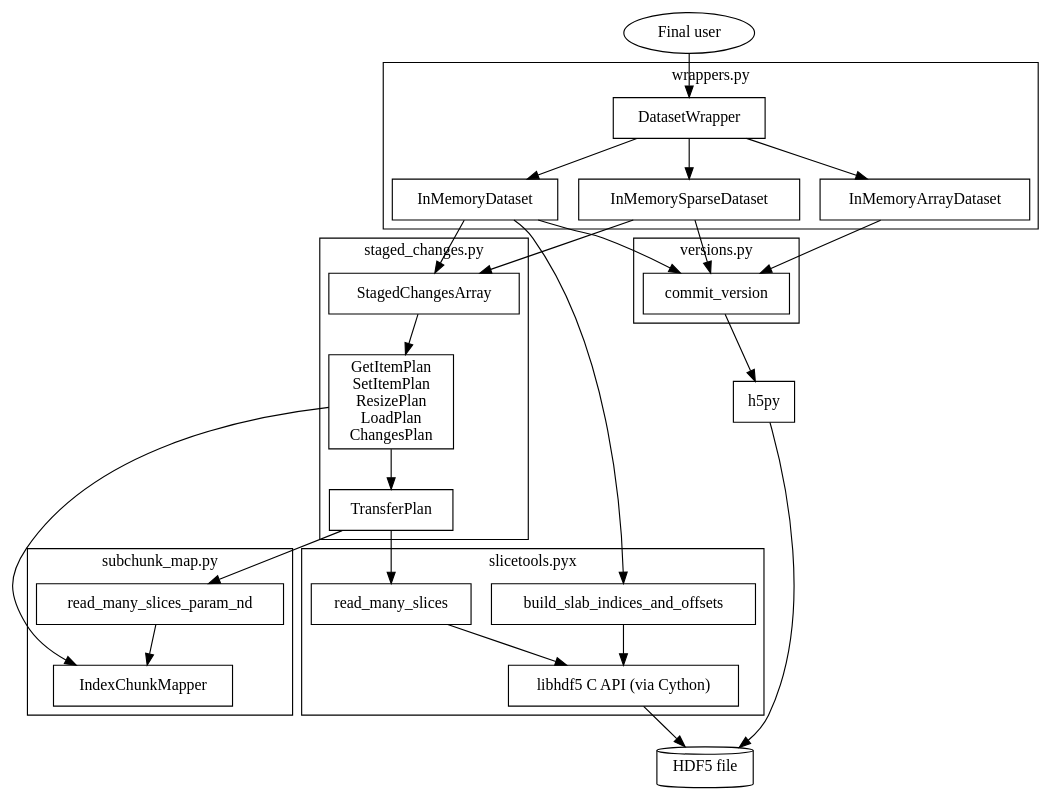
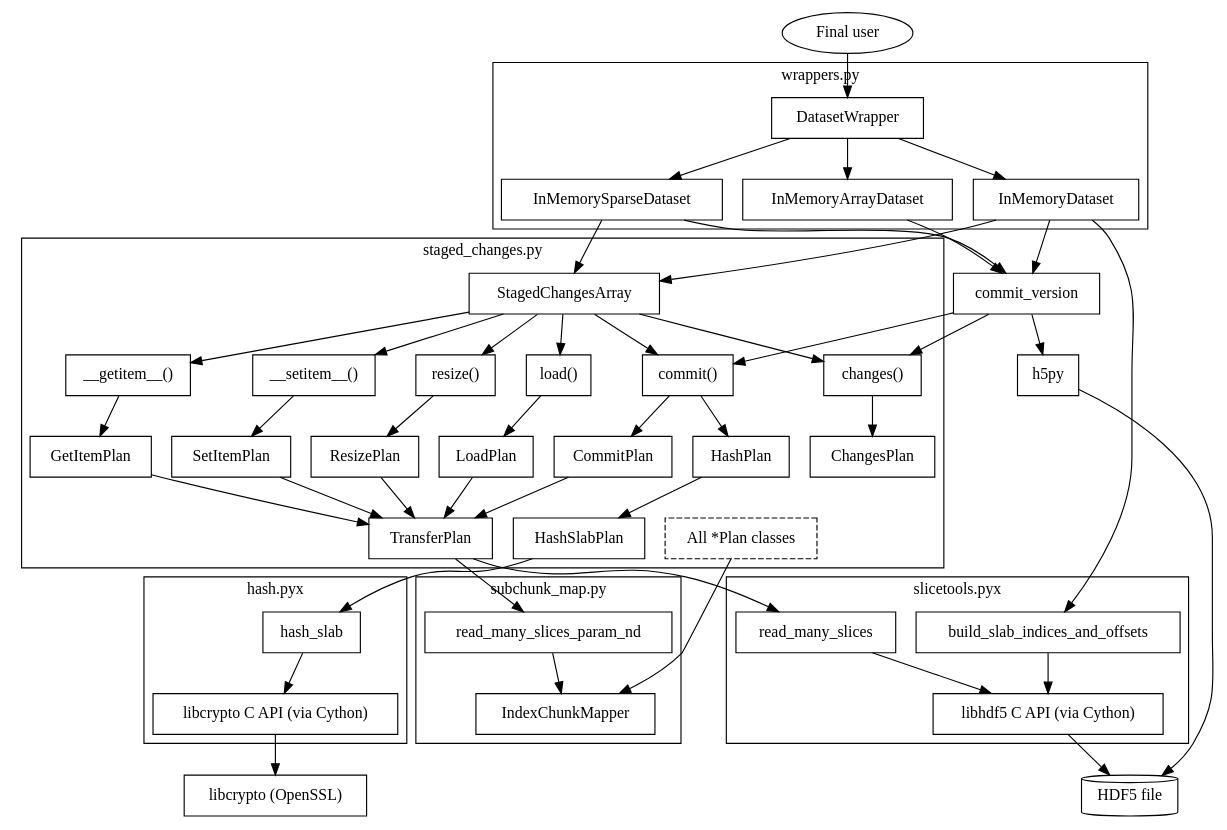
The diagram in docs/staged_changes.rst (deshaw/versioned-hdf5), drawn with Graphviz before and after one commit. The commit also changed other lines of this file and 2 other files, not shown here.

Commit message:
Redesign the commit stage: `StagedChangesArray.commit()` (#521)

```diff
--- a/docs/staged_changes.rst
+++ b/docs/staged_changes.rst
@@ -393,11 +489,24 @@
           label="staged_changes.py";
 
           StagedChangesArray;
-          Plans [
-              label="GetItemPlan\nSetItemPlan\nResizePlan\nLoadPlan\nChangesPlan";
-          ]
+          getitem [label="__getitem__()"]
+          setitem [label="__setitem__()"]
+          resize [label="resize()"]
+          load [label="load()"]
+          changes [label="changes()"]
+          commit [label="commit()"]
+          all_plans [label="All \*Plan classes", style="dashed"]
 
-          StagedChangesArray -> Plans -> TransferPlan;
+          StagedChangesArray -> getitem -> GetItemPlan -> TransferPlan;
+          StagedChangesArray -> setitem -> SetItemPlan -> TransferPlan;
+          StagedChangesArray -> resize -> ResizePlan -> TransferPlan;
+          StagedChangesArray -> load -> LoadPlan -> TransferPlan;
+          StagedChangesArray -> changes -> ChangesPlan;
+          StagedChangesArray -> commit -> CommitPlan -> TransferPlan;
+          commit -> HashPlan -> HashSlabPlan;
+
+          # No actual dependency; just a positioning hack
+          HashPlan -> all_plans [style="invis"]
       }
 
       subgraph cluster_2 {
@@ -417,18 +526,24 @@
       }
 
       subgraph cluster_4 {
-          label="versions.py";
-          commit_version;
+          label="hash.pyx";
+          hash_slab;
+          libcrypto_api [label="libcrypto C API (via Cython)"]
       }
+
+      libcrypto [label="libcrypto (OpenSSL)"];
+      hash_slab -> libcrypto_api -> libcrypto;
 
       user -> DatasetWrapper;
 
       InMemoryDataset -> StagedChangesArray;
       InMemoryDataset -> build_slab_indices_and_offsets;
       InMemorySparseDataset -> StagedChangesArray;
-      Plans -> IndexChunkMapper;
       TransferPlan -> read_many_slices;
       TransferPlan -> read_many_slices_param_nd;
+      HashSlabPlan -> hash_slab;
+
+      all_plans -> IndexChunkMapper;
 
       InMemorySparseDataset -> commit_version;
       InMemoryArrayDataset -> commit_version;
@@ -436,6 +551,8 @@
 
       h5py;
       commit_version -> h5py;
+      commit_version -> changes;
+      commit_version -> commit;
       hdf5_file [label="HDF5 file"; shape=cylinder];
       h5py -> hdf5_file;
       hdf5_c -> hdf5_file;
```
